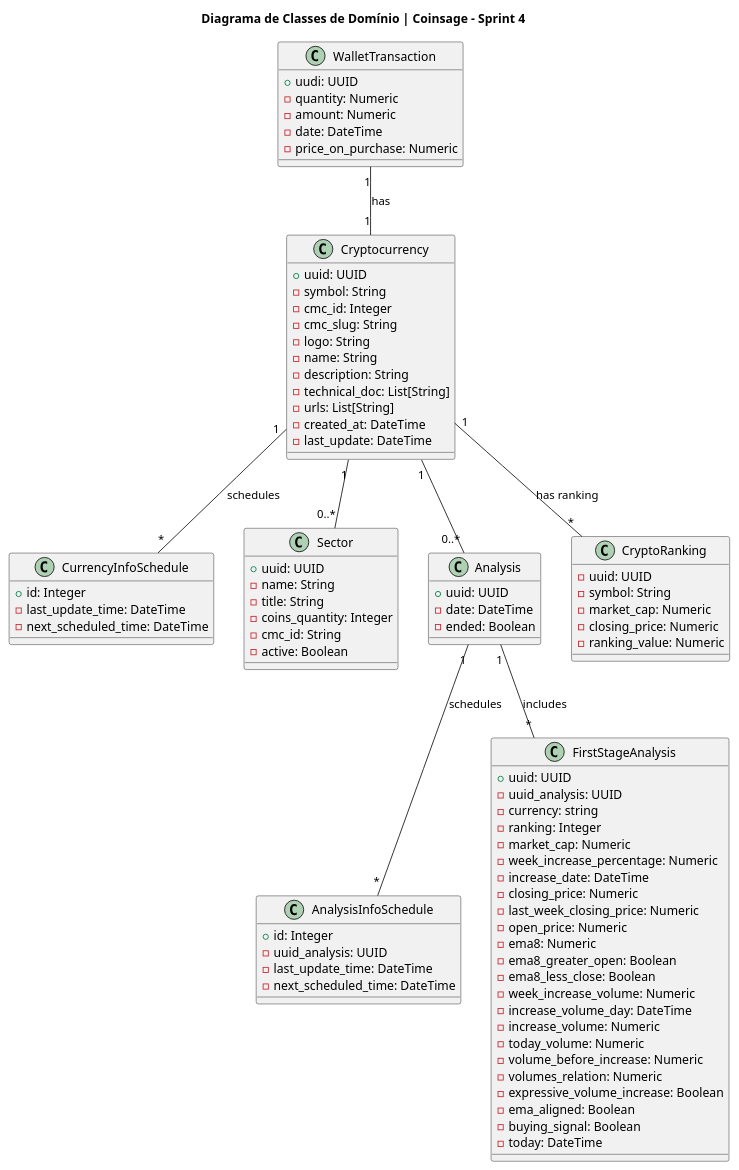
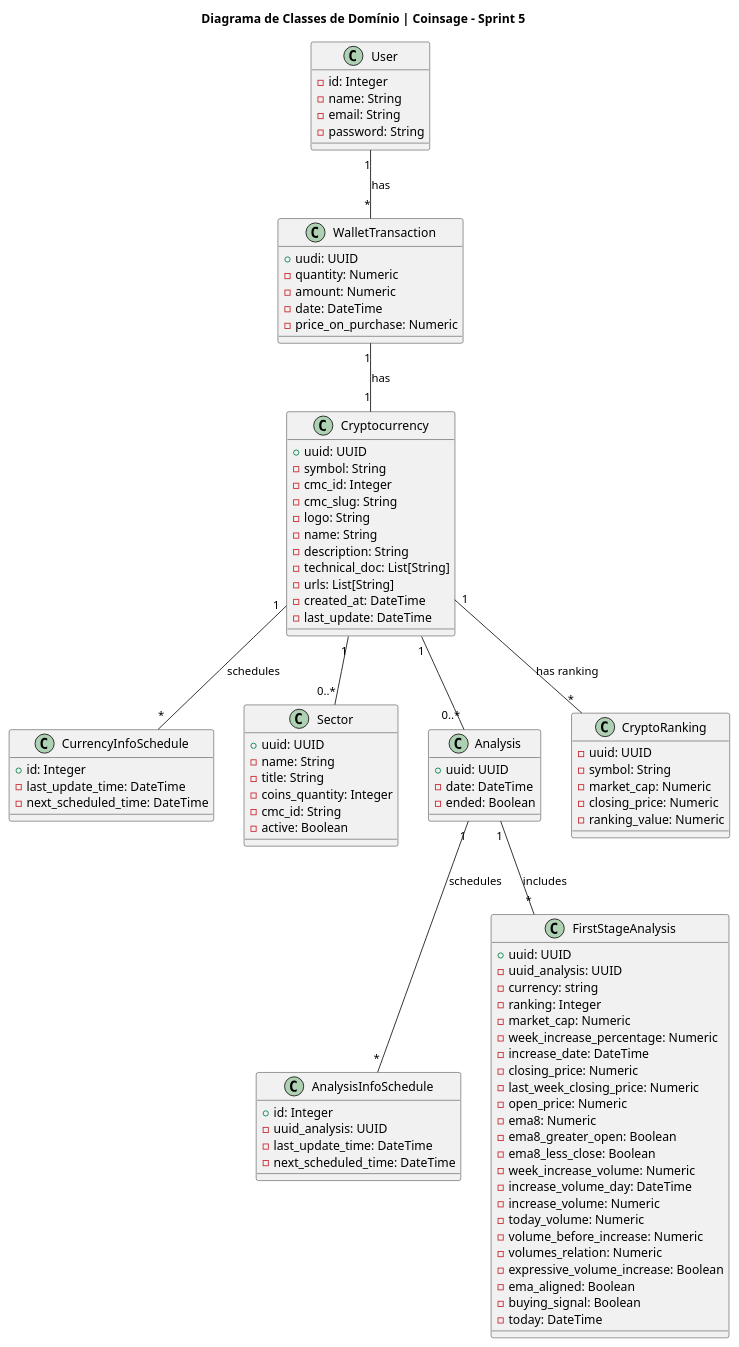
Before and after one commit to ICEI-PUC-Minas-PPLES-TI/plf-es-2024-1-ti3-8981100-coinsage: the diagram in Artefatos/diagramas/diagrama_de_classes/class_diagram.plantuml, drawn with PlantUML. The commit also changed 4 other files, not shown here.

Commit message:
updating classes diagram with user account

```diff
--- a/Artefatos/diagramas/diagrama_de_classes/class_diagram.plantuml
+++ b/Artefatos/diagramas/diagrama_de_classes/class_diagram.plantuml
@@ -1,98 +1,106 @@
 @startuml Diagrama de Classes
-title Diagrama de Classes de Domínio | Coinsage - Sprint 4
+title Diagrama de Classes de Domínio | Coinsage - Sprint 5
 
 class Cryptocurrency {
     + uuid: UUID
     - symbol: String
     - cmc_id: Integer
     - cmc_slug: String
     - logo: String
     - name: String
     - description: String
     - technical_doc: List[String]
     - urls: List[String]
     - created_at: DateTime
     - last_update: DateTime
 }
 
 class CurrencyInfoSchedule {
     + id: Integer
     - last_update_time: DateTime
     - next_scheduled_time: DateTime
 
 }
 
 class Sector {
     + uuid: UUID
     - name: String
     - title: String
     - coins_quantity: Integer
     - cmc_id: String
     - active: Boolean
 }
 
 class Analysis {
     + uuid: UUID
     - date: DateTime
     - ended: Boolean
 }
 
 class AnalysisInfoSchedule {
     + id: Integer
     - uuid_analysis: UUID
     - last_update_time: DateTime
     - next_scheduled_time: DateTime
 }
 
 class FirstStageAnalysis {
     + uuid: UUID
     - uuid_analysis: UUID
     - currency: string
     - ranking: Integer
     - market_cap: Numeric
     - week_increase_percentage: Numeric
     - increase_date: DateTime
     - closing_price: Numeric
     - last_week_closing_price: Numeric
     - open_price: Numeric
     - ema8: Numeric
     - ema8_greater_open: Boolean
     - ema8_less_close: Boolean
     - week_increase_volume: Numeric
     - increase_volume_day: DateTime
     - increase_volume: Numeric
     - today_volume: Numeric
     - volume_before_increase: Numeric
     - volumes_relation: Numeric
     - expressive_volume_increase: Boolean
     - ema_aligned: Boolean
     - buying_signal: Boolean
     - today: DateTime
 }
 
 class WalletTransaction {
     + uudi: UUID
     - quantity: Numeric
     - amount: Numeric
     - date: DateTime
     - price_on_purchase: Numeric
 }
 
 class CryptoRanking {
     - uuid: UUID
     - symbol: String
     - market_cap: Numeric
     - closing_price: Numeric
     - ranking_value: Numeric
 }
 
+class User{
+    - id: Integer
+    - name: String
+    - email: String
+    - password: String
+}
+
 ' Relações entre as classes
 Cryptocurrency "1" -- "*" CurrencyInfoSchedule: schedules
 Cryptocurrency "1" -- "0..*" Sector
 Cryptocurrency "1" -- "0..*" Analysis
 Analysis "1" -- "*" AnalysisInfoSchedule : schedules
 Analysis "1" -- "*" FirstStageAnalysis : includes
 Cryptocurrency "1" -- "*" CryptoRanking : "has ranking"
 WalletTransaction "1" -- "1" Cryptocurrency : "has"
+User "1" -- "*" WalletTransaction : "has"
 
 @enduml
```
